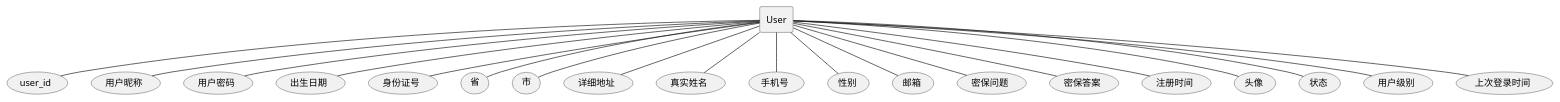
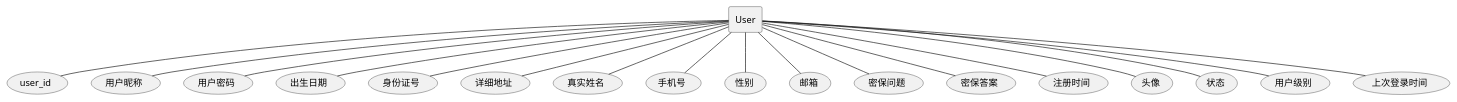
The second of 30 diagrams in docs/UML/plantuml.md (xiaokangxxs/notebook), drawn with PlantUML before and after one commit. The commit also changed other lines of this file and 5 other files, not shown here.

````diff
--- a/docs/UML/plantuml.md
+++ b/docs/UML/plantuml.md
@@ -43,24 +41,22 @@
 ```plantuml
 @startuml
 rectangle User
 User -- (user_id)
 User -- (用户昵称)
 User -- (用户密码)
 User -- (出生日期)
 User -- (身份证号)
-User -- (省)
-User -- (市)
 User -- (详细地址)
 User -- (真实姓名)
 User -- (手机号)
 User -- (性别)
 User -- (邮箱)
 User -- (密保问题)
 User -- (密保答案)
 User -- (注册时间)
 User -- (头像)
 User -- (状态)
 User -- (用户级别)
 User -- (上次登录时间)
 @enduml
 ```
````
